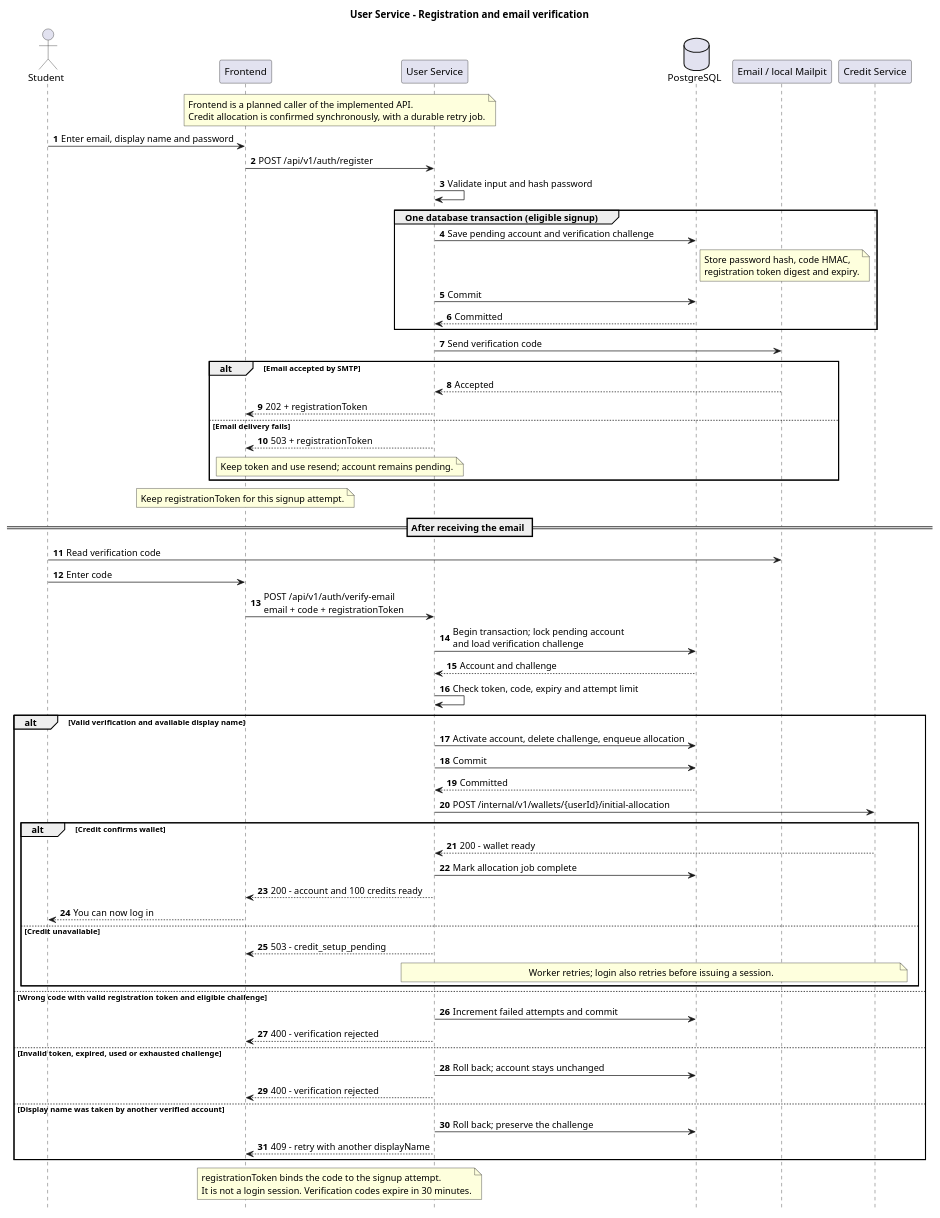
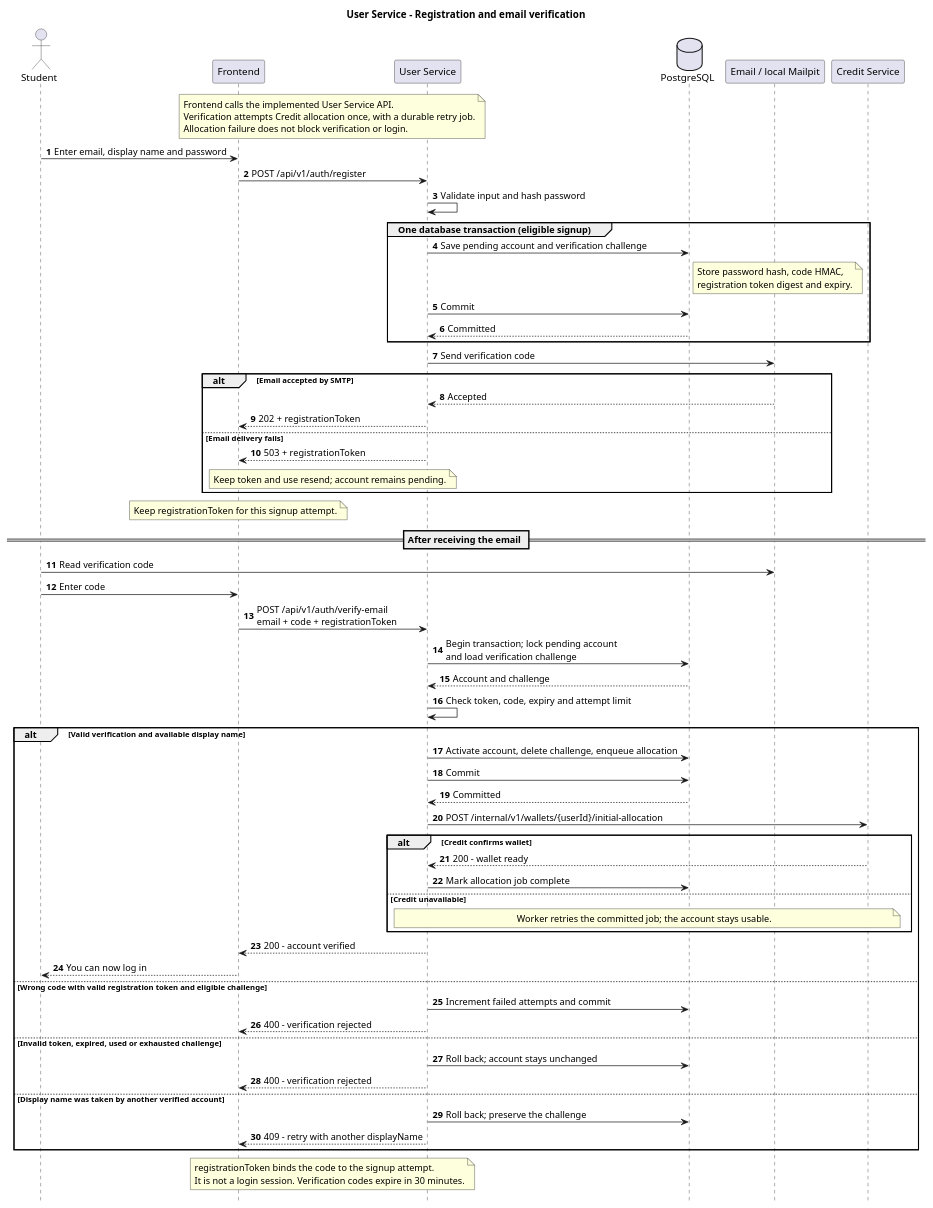
The diagram in user-service/docs/registration-verification.puml (AY2627S1-CS3219-P13/FoC-Template), drawn with PlantUML before and after one commit. The commit also changed 13 other files, not shown here.

Commit message:
Allow login while initial credits are pending

```diff
--- a/user-service/docs/registration-verification.puml
+++ b/user-service/docs/registration-verification.puml
@@ -1,77 +1,77 @@
 @startuml registration-verification
 title User Service - Registration and email verification
 autonumber
 hide footbox
 
 actor Student
 participant Frontend
 participant "User Service" as User
 database PostgreSQL as DB
 participant "Email / local Mailpit" as Email
 participant "Credit Service" as Credit
 
 note over Frontend, User
-  Frontend is a planned caller of the implemented API.
-  Credit allocation is confirmed synchronously, with a durable retry job.
+  Frontend calls the implemented User Service API.
+  Verification attempts Credit allocation once, with a durable retry job.
+  Allocation failure does not block verification or login.
 end note
 
 Student -> Frontend: Enter email, display name and password
 Frontend -> User: POST /api/v1/auth/register
 User -> User: Validate input and hash password
 group One database transaction (eligible signup)
   User -> DB: Save pending account and verification challenge
   note right of DB
     Store password hash, code HMAC,
     registration token digest and expiry.
   end note
   User -> DB: Commit
   DB --> User: Committed
 end
 User -> Email: Send verification code
 alt Email accepted by SMTP
   Email --> User: Accepted
   User --> Frontend: 202 + registrationToken
 else Email delivery fails
   User --> Frontend: 503 + registrationToken
   note over Frontend, User: Keep token and use resend; account remains pending.
 end
 note over Frontend: Keep registrationToken for this signup attempt.
 
 == After receiving the email ==
 Student -> Email: Read verification code
 Student -> Frontend: Enter code
 Frontend -> User: POST /api/v1/auth/verify-email\nemail + code + registrationToken
 User -> DB: Begin transaction; lock pending account\nand load verification challenge
 DB --> User: Account and challenge
 User -> User: Check token, code, expiry and attempt limit
 
 alt Valid verification and available display name
   User -> DB: Activate account, delete challenge, enqueue allocation
   User -> DB: Commit
   DB --> User: Committed
   User -> Credit: POST /internal/v1/wallets/{userId}/initial-allocation
   alt Credit confirms wallet
     Credit --> User: 200 - wallet ready
     User -> DB: Mark allocation job complete
-    User --> Frontend: 200 - account and 100 credits ready
-    Frontend --> Student: You can now log in
   else Credit unavailable
-    User --> Frontend: 503 - credit_setup_pending
-    note over User, Credit: Worker retries; login also retries before issuing a session.
+    note over User, Credit: Worker retries the committed job; the account stays usable.
   end
+  User --> Frontend: 200 - account verified
+  Frontend --> Student: You can now log in
 else Wrong code with valid registration token and eligible challenge
   User -> DB: Increment failed attempts and commit
   User --> Frontend: 400 - verification rejected
 else Invalid token, expired, used or exhausted challenge
   User -> DB: Roll back; account stays unchanged
   User --> Frontend: 400 - verification rejected
 else Display name was taken by another verified account
   User -> DB: Roll back; preserve the challenge
   User --> Frontend: 409 - retry with another displayName
 end
 
 note over Frontend, User
   registrationToken binds the code to the signup attempt.
   It is not a login session. Verification codes expire in 30 minutes.
 end note
 @enduml
```
